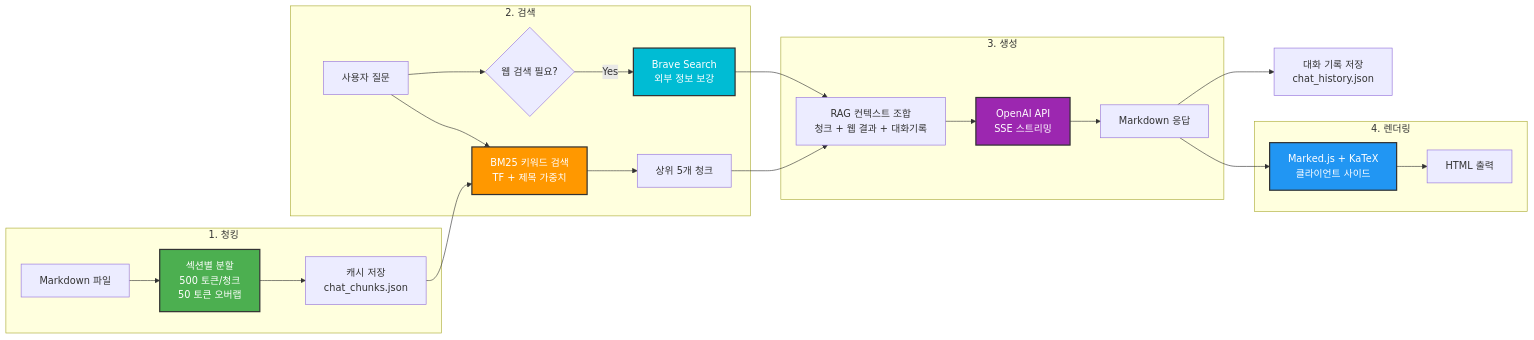
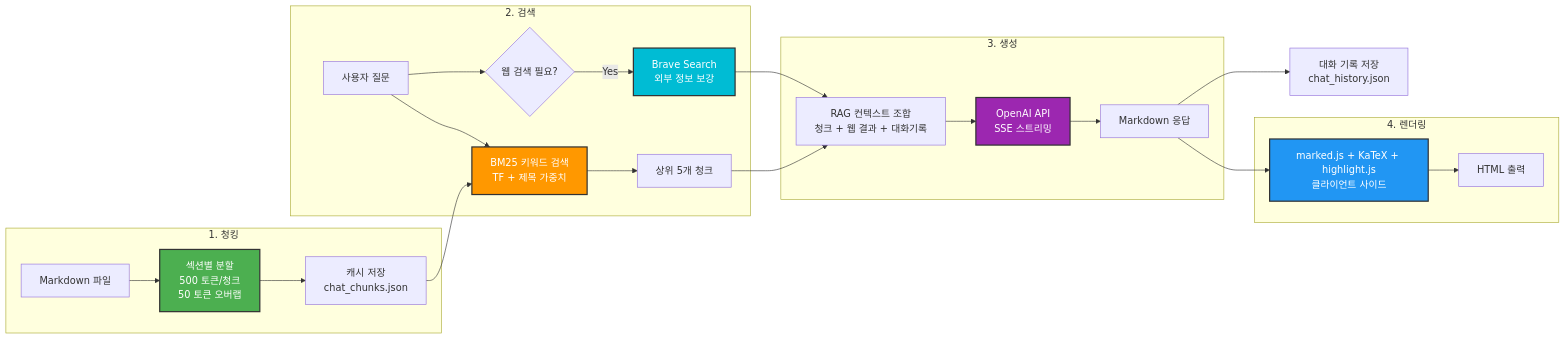
The third of 6 diagrams in README.md (restful3/paperflow), drawn with Mermaid before and after one commit. The commit also changed other lines of this file and 2 other files, not shown here.

````diff
--- a/README.md
+++ b/README.md
@@ -293,35 +296,35 @@
 ```mermaid
 flowchart LR
     subgraph "1. 청킹"
         MD[Markdown 파일] --> Split[섹션별 분할<br/>500 토큰/청크<br/>50 토큰 오버랩]
         Split --> Cache[캐시 저장<br/>chat_chunks.json]
     end
 
     subgraph "2. 검색"
         Query[사용자 질문] --> BM25[BM25 키워드 검색<br/>TF + 제목 가중치]
         Cache --> BM25
         BM25 --> TopK[상위 5개 청크]
         Query --> WebCheck{웹 검색 필요?}
         WebCheck -->|Yes| Brave[Brave Search<br/>외부 정보 보강]
     end
 
     subgraph "3. 생성"
         TopK --> Context[RAG 컨텍스트 조합<br/>청크 + 웹 결과 + 대화기록]
         Brave --> Context
         Context --> LLM[OpenAI API<br/>SSE 스트리밍]
         LLM --> Response[Markdown 응답]
     end
 
     subgraph "4. 렌더링"
-        Response --> Marked[Marked.js + KaTeX<br/>클라이언트 사이드]
+        Response --> Marked[marked.js + KaTeX + highlight.js<br/>클라이언트 사이드]
         Marked --> Display[HTML 출력]
     end
 
     Response --> History[대화 기록 저장<br/>chat_history.json]
 
     style Split fill:#4CAF50,stroke:#333,stroke-width:2px,color:#fff
     style BM25 fill:#FF9800,stroke:#333,stroke-width:2px,color:#fff
     style Brave fill:#00BCD4,stroke:#333,stroke-width:2px,color:#fff
     style LLM fill:#9C27B0,stroke:#333,stroke-width:2px,color:#fff
     style Marked fill:#2196F3,stroke:#333,stroke-width:2px,color:#fff
 ```
````
